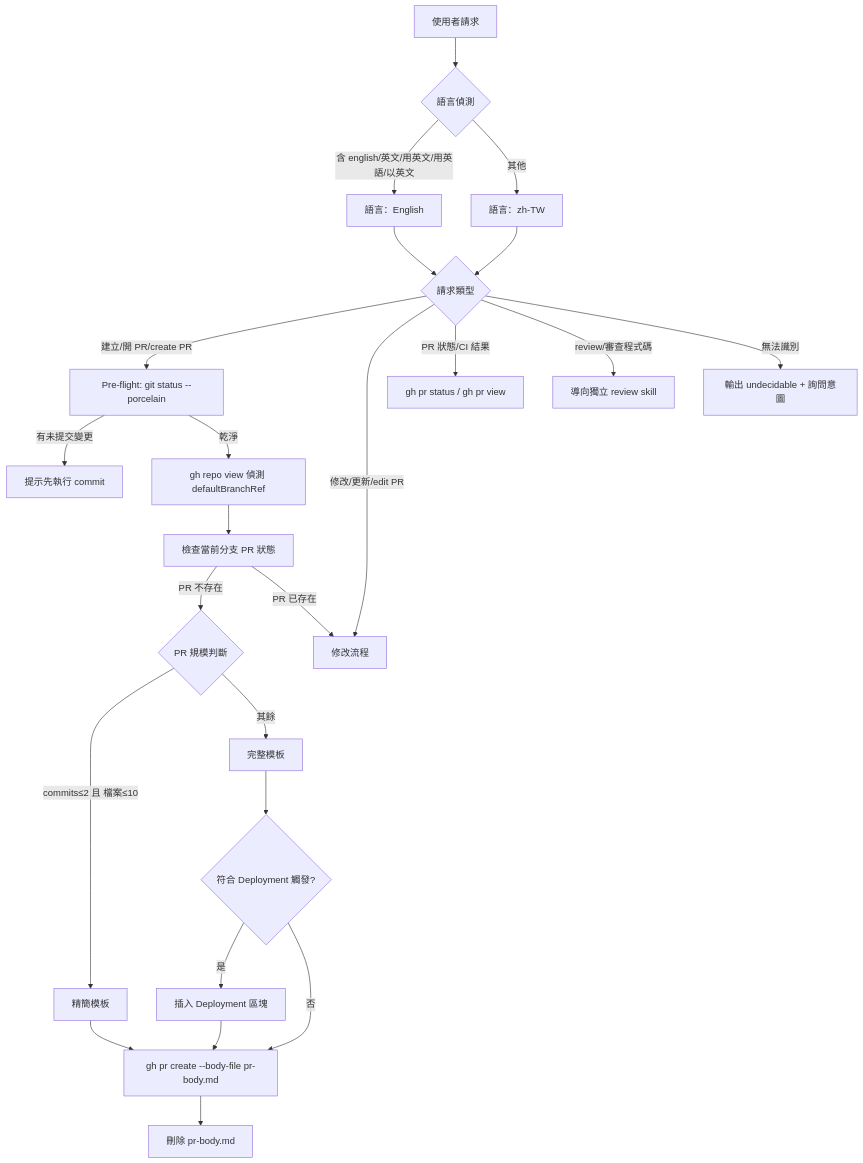
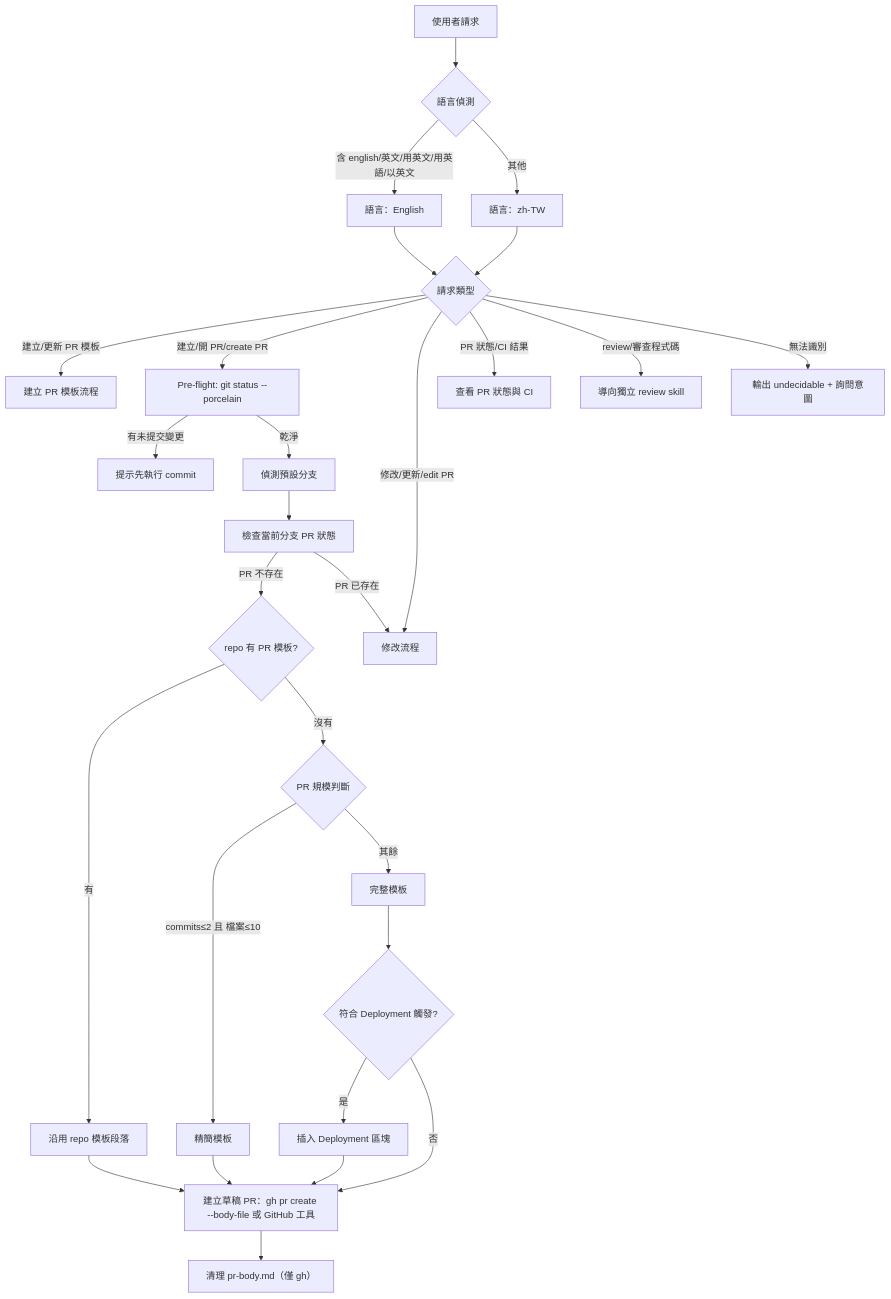
Before and after one commit to gn00678465/coding-agent-toolkit: the diagram in plugins/git-assistant/skills/pull-request/SKILL.md, drawn with Mermaid. The commit also changed other lines of this file and 3 other files, not shown here.

````diff
--- a/plugins/git-assistant/skills/pull-request/SKILL.md
+++ b/plugins/git-assistant/skills/pull-request/SKILL.md
@@ -25,31 +26,35 @@
 ```mermaid
 graph TD
     A[使用者請求] --> B{語言偵測}
     B -- 含 english/英文/用英文/用英語/以英文 --> LANG_EN[語言：English]
     B -- 其他 --> LANG_ZH[語言：zh-TW]
 
     LANG_EN & LANG_ZH --> C{請求類型}
 
+    C -- 建立/更新 PR 模板 --> T[建立 PR 模板流程]
     C -- 建立/開 PR/create PR --> PRE[Pre-flight: git status --porcelain]
     C -- 修改/更新/edit PR --> F2[修改流程]
-    C -- PR 狀態/CI 結果 --> S[gh pr status / gh pr view]
+    C -- PR 狀態/CI 結果 --> S[查看 PR 狀態與 CI]
     C -- review/審查程式碼 --> OUT[導向獨立 review skill]
     C -- 無法識別 --> UND[輸出 undecidable + 詢問意圖]
 
     PRE -- 有未提交變更 --> STOP[提示先執行 commit]
-    PRE -- 乾淨 --> BASE[gh repo view 偵測 defaultBranchRef]
+    PRE -- 乾淨 --> BASE[偵測預設分支]
     BASE --> D[檢查當前分支 PR 狀態]
 
-    D -- PR 不存在 --> E{PR 規模判斷}
+    D -- PR 不存在 --> RT{repo 有 PR 模板?}
+    RT -- 有 --> RTU[沿用 repo 模板段落]
+    RT -- 沒有 --> E{PR 規模判斷}
+    RTU --> I
     D -- PR 已存在 --> F2
 
     E -- commits≤2 且 檔案≤10 --> G[精簡模板]
     E -- 其餘 --> H[完整模板]
     H --> DEPLOY{符合 Deployment 觸發?}
     DEPLOY -- 是 --> H2[插入 Deployment 區塊]
     DEPLOY -- 否 --> I
-    H2 --> I[gh pr create --body-file pr-body.md]
+    H2 --> I[建立草稿 PR：gh pr create --body-file 或 GitHub 工具]
     G --> I
 
-    I --> CLEAN[刪除 pr-body.md]
+    I --> CLEAN[清理 pr-body.md（僅 gh）]
 ```
````
